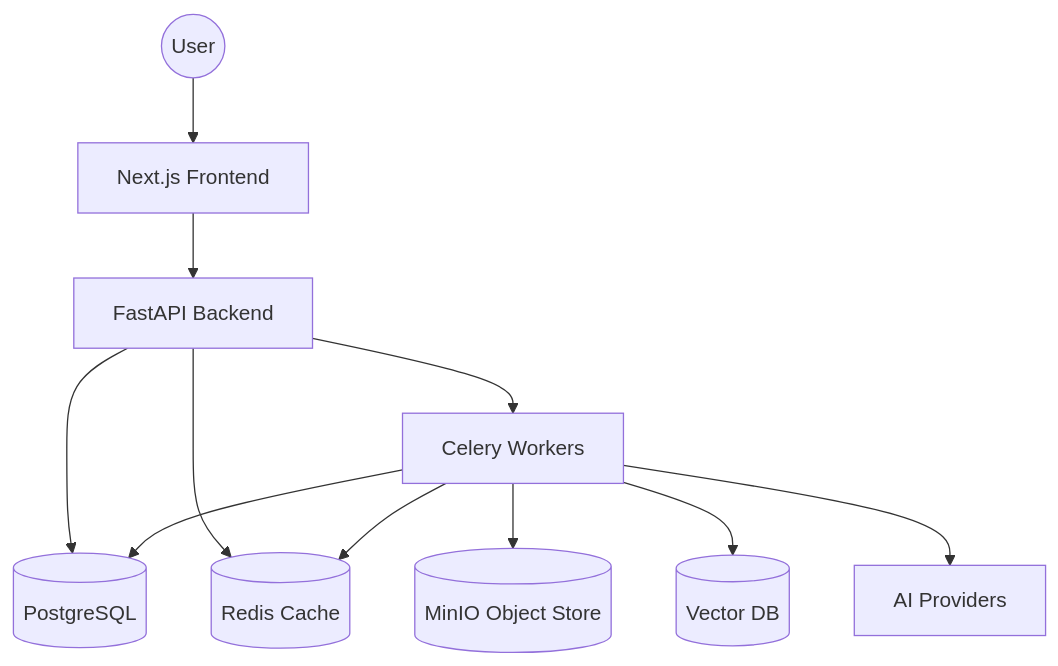
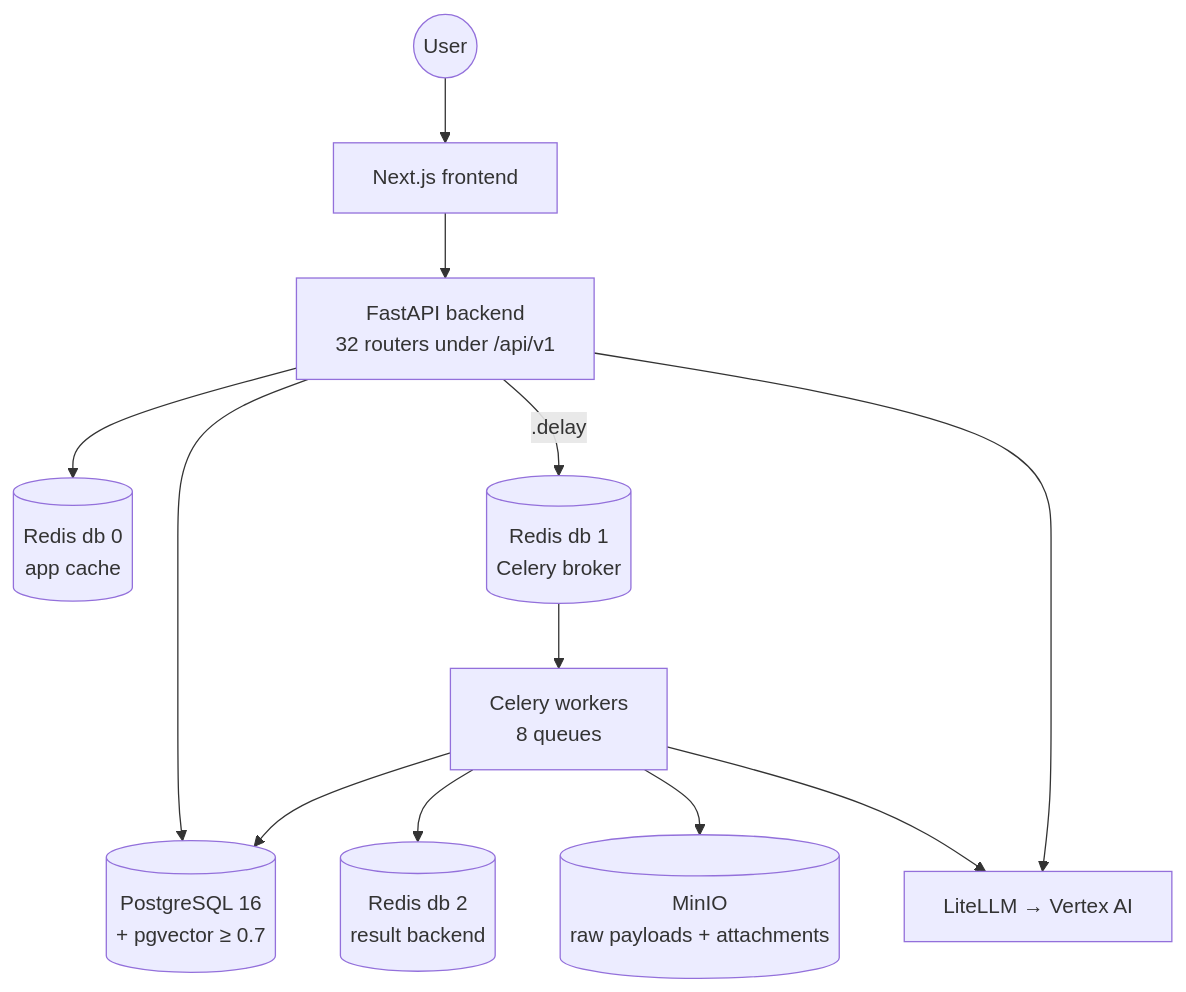
Before and after one commit to Valuedx/ContextEdge: the first of 32 diagrams in docs/15_Project_Flow_Diagrams.md, drawn with Mermaid. The commit also changed other lines of this file and 48 other files, not shown here.

````diff
--- a/docs/15_Project_Flow_Diagrams.md
+++ b/docs/15_Project_Flow_Diagrams.md
@@ -9,13 +16,14 @@
 ```mermaid
 graph TD
-    User((User)) --> NextJS[Next.js Frontend]
-    NextJS --> FastAPI[FastAPI Backend]
-    FastAPI --> Postgres[(PostgreSQL)]
-    FastAPI --> Redis[(Redis Cache)]
-    FastAPI --> Celery[Celery Workers]
+    User((User)) --> NextJS[Next.js frontend]
+    NextJS --> FastAPI[FastAPI backend<br/>32 routers under /api/v1]
+    FastAPI --> Postgres[(PostgreSQL 16<br/>+ pgvector ≥ 0.7)]
+    FastAPI --> Redis0[(Redis db 0<br/>app cache)]
+    FastAPI -- .delay --> Redis1[(Redis db 1<br/>Celery broker)]
+    Redis1 --> Celery[Celery workers<br/>8 queues]
+    Celery --> Redis2[(Redis db 2<br/>result backend)]
     Celery --> Postgres
-    Celery --> Redis
-    Celery --> MinIO[(MinIO Object Store)]
-    Celery --> VectorDB[(Vector DB)]
-    Celery --> LLM[AI Providers]
+    Celery --> MinIO[(MinIO<br/>raw payloads + attachments)]
+    Celery --> LLM[LiteLLM → Vertex AI]
+    FastAPI --> LLM
 ```
````
